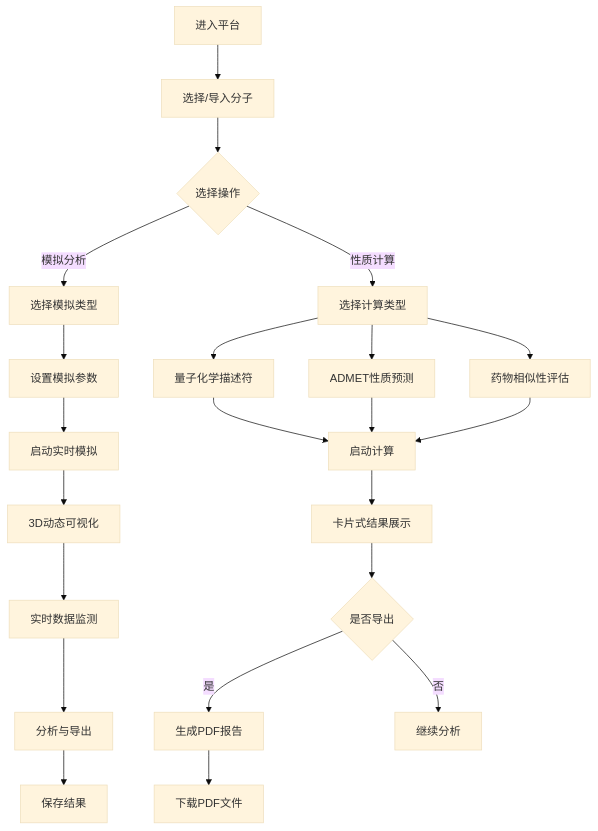
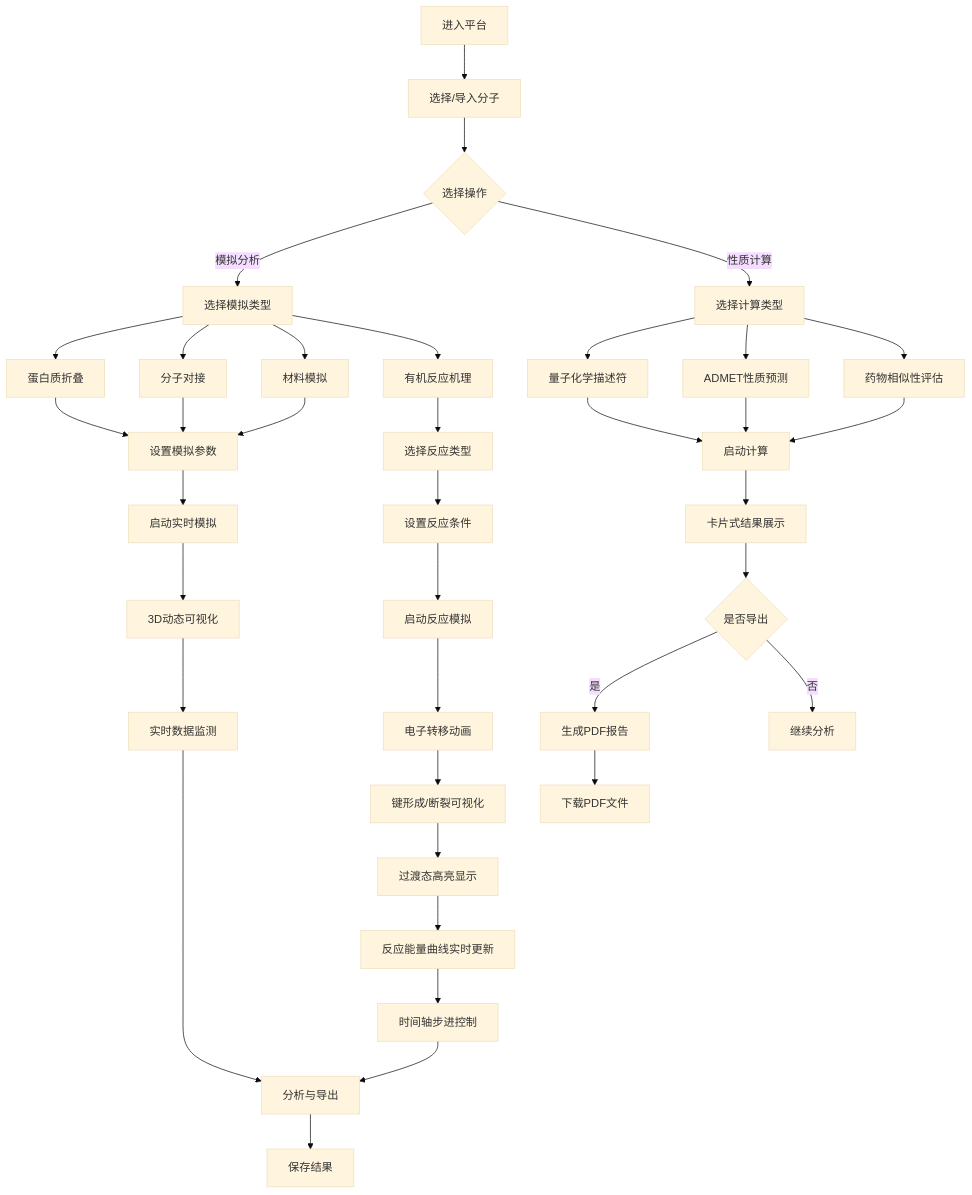
The diagram in .trae/documents/PRD.md (Xiang1218-Yu/xyj-117), drawn with Mermaid (base theme) before and after one commit. The commit also changed other lines of this file and 16 other files, not shown here.

````diff
--- a/.trae/documents/PRD.md
+++ b/.trae/documents/PRD.md
@@ -45,24 +50,39 @@
 ```mermaid
 flowchart TD
     A["进入平台"] --> B["选择/导入分子"]
     B --> C{"选择操作"}
     C -->|"模拟分析"| D["选择模拟类型"]
-    D --> E["设置模拟参数"]
+    D --> D1["蛋白质折叠"]
+    D --> D2["分子对接"]
+    D --> D3["材料模拟"]
+    D --> D4["有机反应机理"]
+    D1 --> E["设置模拟参数"]
+    D2 --> E
+    D3 --> E
+    D4 --> E1["选择反应类型"]
+    E1 --> E2["设置反应条件"]
+    E2 --> F1["启动反应模拟"]
+    F1 --> G1["电子转移动画"]
+    G1 --> G2["键形成/断裂可视化"]
+    G2 --> G3["过渡态高亮显示"]
+    G3 --> H1["反应能量曲线实时更新"]
+    H1 --> I1["时间轴步进控制"]
+    I1 --> I["分析与导出"]
     E --> F["启动实时模拟"]
     F --> G["3D动态可视化"]
     G --> H["实时数据监测"]
-    H --> I["分析与导出"]
+    H --> I
     C -->|"性质计算"| J["选择计算类型"]
     J --> K["量子化学描述符"]
     J --> L["ADMET性质预测"]
     J --> M["药物相似性评估"]
     K --> N["启动计算"]
     L --> N
     M --> N
     N --> O["卡片式结果展示"]
     O --> P{"是否导出"}
     P -->|"是"| Q["生成PDF报告"]
     P -->|"否"| R["继续分析"]
     Q --> S["下载PDF文件"]
     I --> T["保存结果"]
 ```
````
